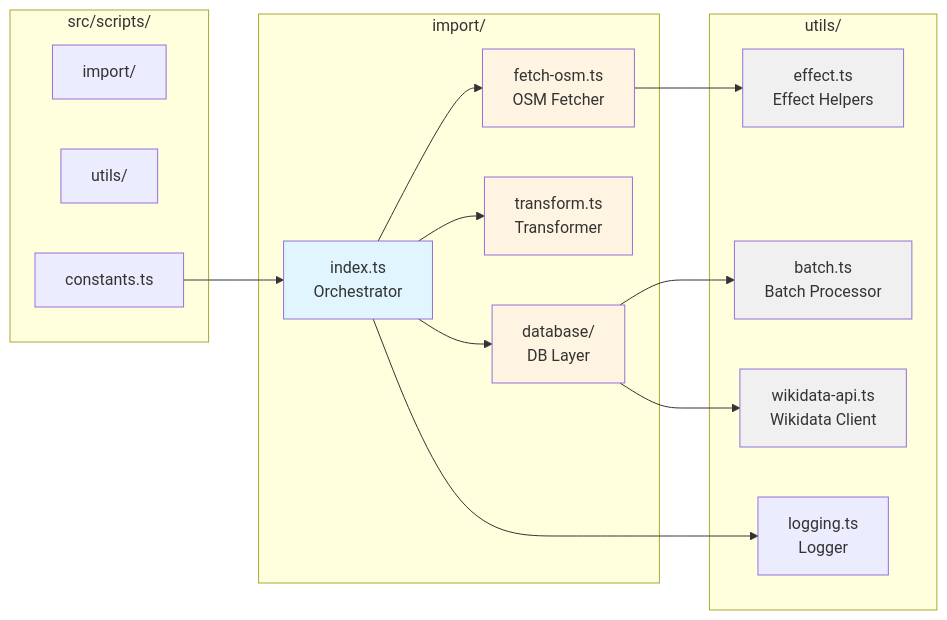
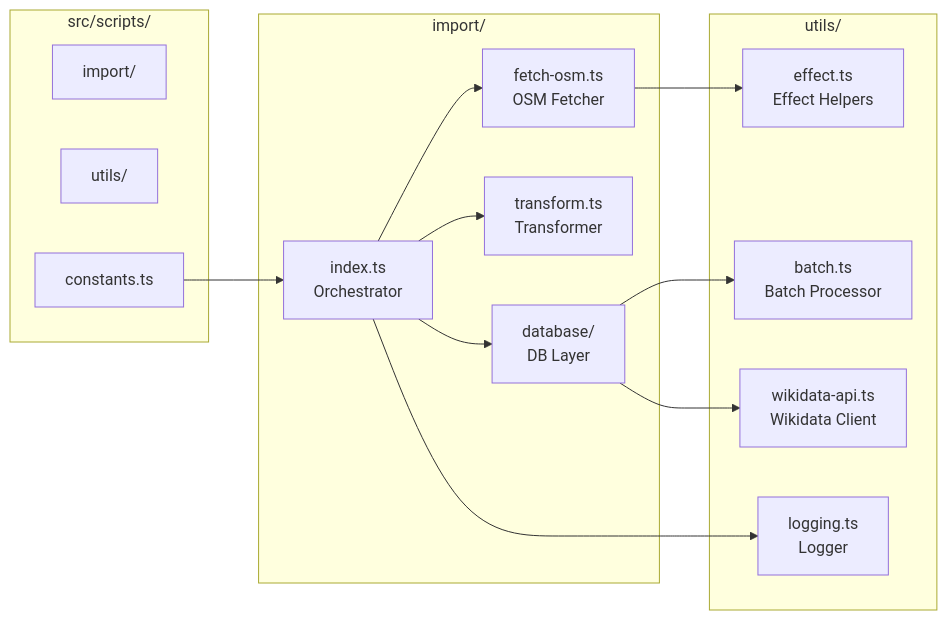
One commit to DaxServer/geocode-commons-categories changed the fourth of 12 diagrams in docs/import/architecture.md. Above: the diagram before and after it, drawn with Mermaid. The commit also changed other lines of this file and 5 other files, not shown here.

````diff
--- a/docs/import/architecture.md
+++ b/docs/import/architecture.md
@@ -159,39 +154,32 @@
 ```mermaid
 graph LR
     subgraph "src/scripts/"
         IMPORT[import/]
         UTILS[utils/]
         CONST[constants.ts]
     end
 
     subgraph "import/"
         INDEX[index.ts<br/>Orchestrator]
         FETCH[fetch-osm.ts<br/>OSM Fetcher]
         TRANSFORM[transform.ts<br/>Transformer]
         DB_DIR[database/<br/>DB Layer]
     end
 
     subgraph "utils/"
         EFFECT[effect.ts<br/>Effect Helpers]
         BATCH[batch.ts<br/>Batch Processor]
         WD_API[wikidata-api.ts<br/>Wikidata Client]
         LOG[logging.ts<br/>Logger]
     end
 
     CONST --> INDEX
     INDEX --> FETCH
     INDEX --> TRANSFORM
     INDEX --> DB_DIR
     FETCH --> EFFECT
     DB_DIR --> WD_API
     DB_DIR --> BATCH
     INDEX --> LOG
 
-    style INDEX fill:#e1f5ff
-    style FETCH fill:#fff4e1
-    style TRANSFORM fill:#fff4e1
-    style DB_DIR fill:#fff4e1
-    style EFFECT fill:#f0f0f0
-    style BATCH fill:#f0f0f0
-    style WD_API fill:#f0f0f0
 ```
````
